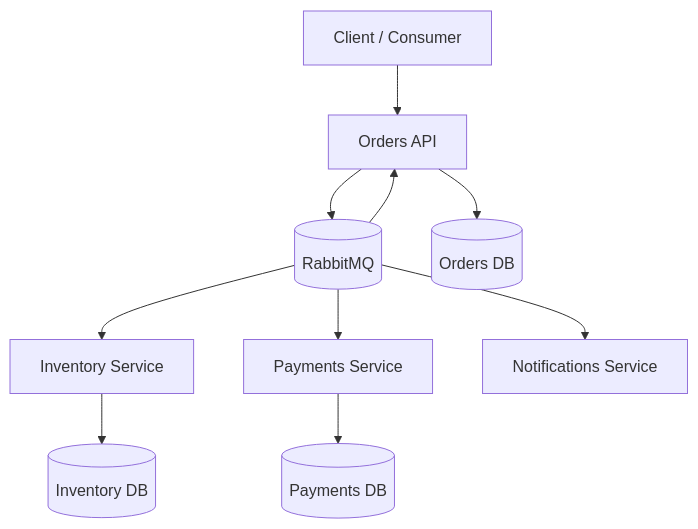
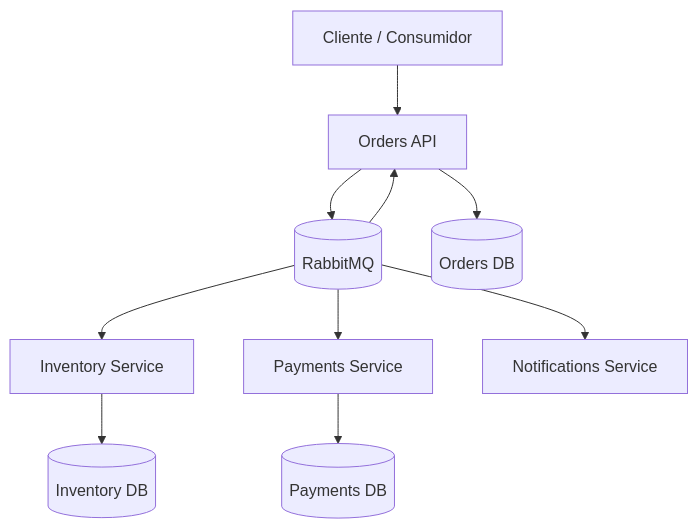
The first of 2 diagrams in docs/architecture.md (WillianZanutoOliveira/api-dotnet), drawn with Mermaid before and after one commit. The commit also changed other lines of this file and 12 other files, not shown here.

````diff
--- a/docs/architecture.md
+++ b/docs/architecture.md
@@ -22,15 +24,15 @@
 ```mermaid
 flowchart TB
-    User[Client / Consumer]
+    User[Cliente / Consumidor]
     User --> Orders[Orders API]
 
     Orders --> Rabbit[(RabbitMQ)]
     Rabbit --> Inventory[Inventory Service]
     Rabbit --> Payments[Payments Service]
     Rabbit --> Notifications[Notifications Service]
     Rabbit --> Orders
 
     Orders --> OrdersDb[(Orders DB)]
     Inventory --> InventoryDb[(Inventory DB)]
     Payments --> PaymentsDb[(Payments DB)]
 ```
````
